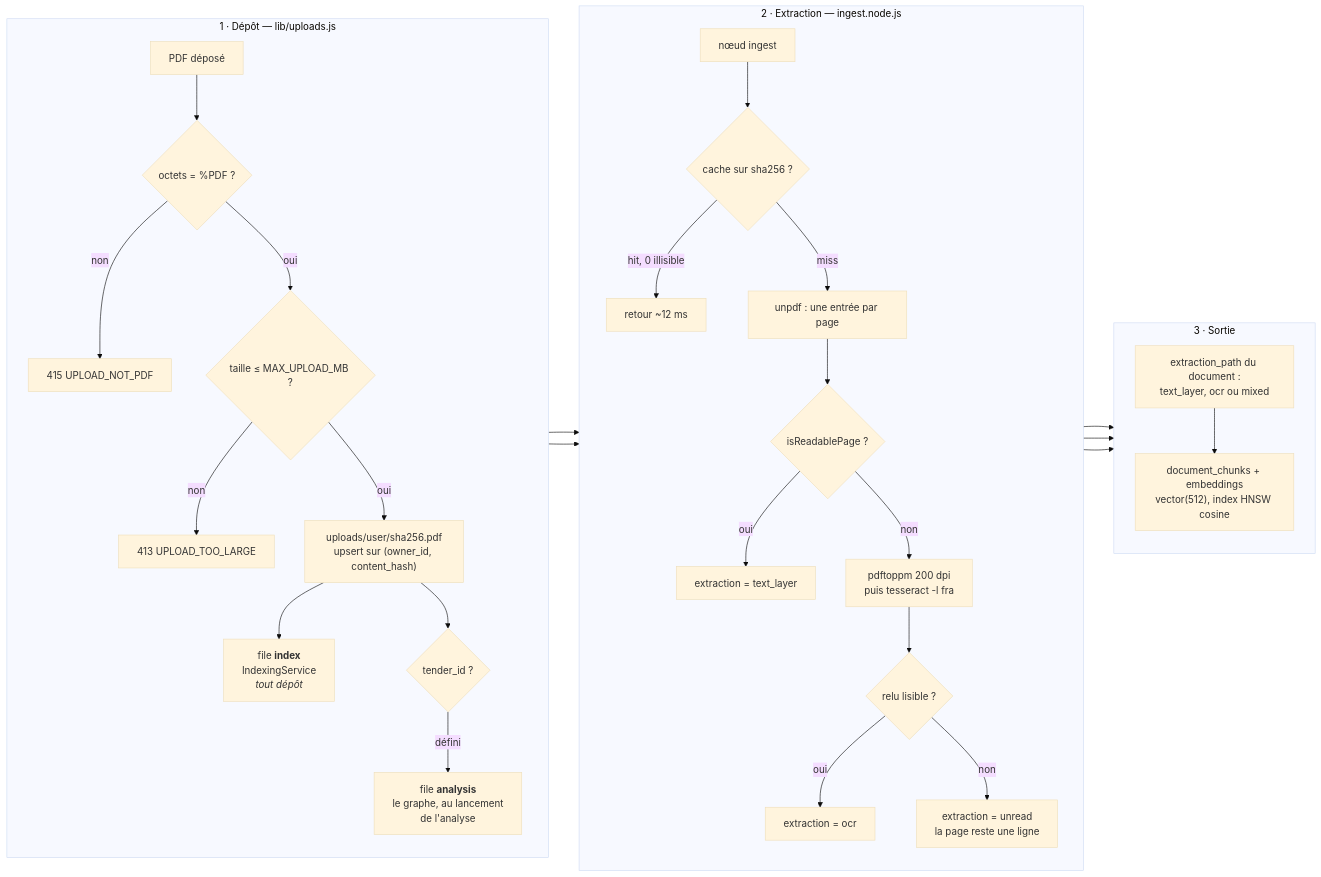
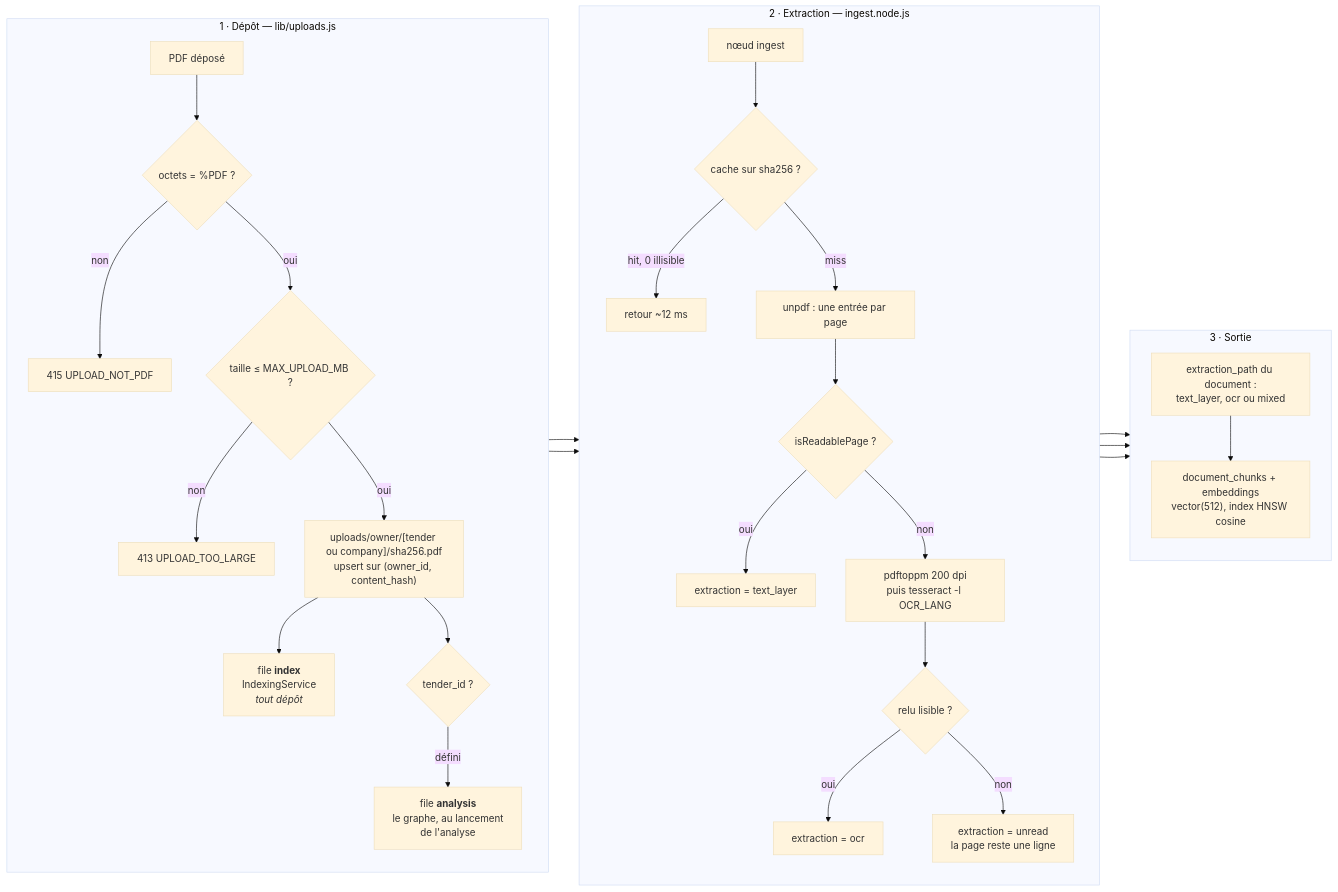
One commit to abdel-oue/TenderPilot changed the seventh of 9 diagrams in docs/diagrams.md. Above: the diagram before and after it, drawn with Mermaid (base theme). The commit also changed other lines of this file and 10 other files, not shown here.

````diff
--- a/docs/diagrams.md
+++ b/docs/diagrams.md
@@ -222,40 +224,40 @@
 ```mermaid
 flowchart LR
   subgraph IN["1 · Dépôt — lib/uploads.js"]
     direction TB
     up["PDF déposé"] --> bytes{"octets = %PDF ?"}
     bytes -->|non| ko["415 UPLOAD_NOT_PDF"]
     bytes -->|oui| size{"taille ≤ MAX_UPLOAD_MB ?"}
     size -->|non| ko2["413 UPLOAD_TOO_LARGE"]
-    size -->|oui| store["uploads/user/sha256.pdf<br/>upsert sur (owner_id, content_hash)"]
+    size -->|oui| store["uploads/owner/[tender ou company]/sha256.pdf<br/>upsert sur (owner_id, content_hash)"]
     store --> idx["file <b>index</b><br/>IndexingService<br/><i>tout dépôt</i>"]
     store --> route{"tender_id ?"}
     route -->|défini| ana["file <b>analysis</b><br/>le graphe, au lancement<br/>de l'analyse"]
   end
 
   subgraph ING["2 · Extraction — ingest.node.js"]
     direction TB
     ing["nœud ingest"] --> cache{"cache sur sha256 ?"}
     cache -->|"hit, 0 illisible"| done["retour ~12 ms"]
     cache -->|miss| pages["unpdf : une entrée par page"]
     pages --> read{"isReadablePage ?"}
     read -->|oui| tl["extraction = text_layer"]
-    read -->|non| ocr["pdftoppm 200 dpi<br/>puis tesseract -l fra"]
+    read -->|non| ocr["pdftoppm 200 dpi<br/>puis tesseract -l OCR_LANG"]
     ocr --> read2{"relu lisible ?"}
     read2 -->|oui| o["extraction = ocr"]
     read2 -->|non| u["extraction = unread<br/>la page reste une ligne"]
   end
 
   subgraph OUT["3 · Sortie"]
     direction TB
     agg["extraction_path du document :<br/>text_layer, ocr ou mixed"]
     chunks["document_chunks + embeddings<br/>vector(512), index HNSW cosine"]
     agg --> chunks
   end
 
   idx --> ing
   ana --> ing
   tl --> agg
   o --> agg
   u --> agg
 ```
````
